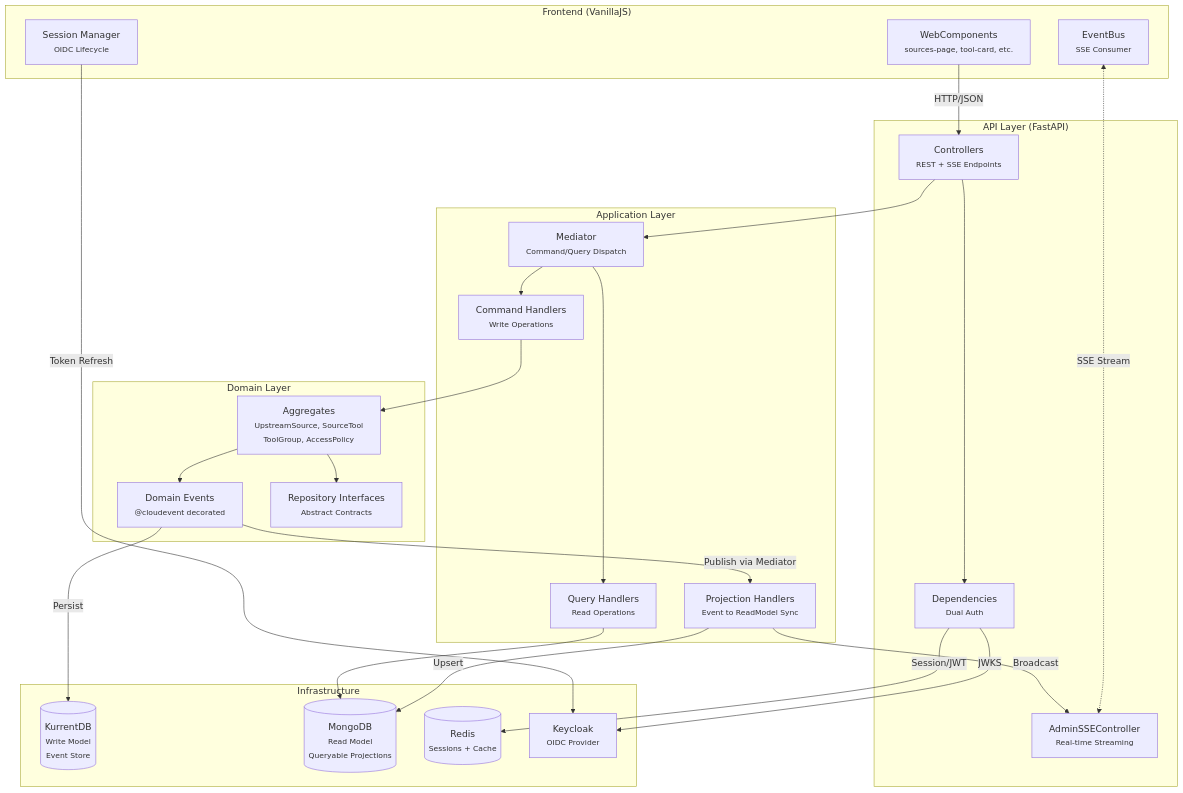
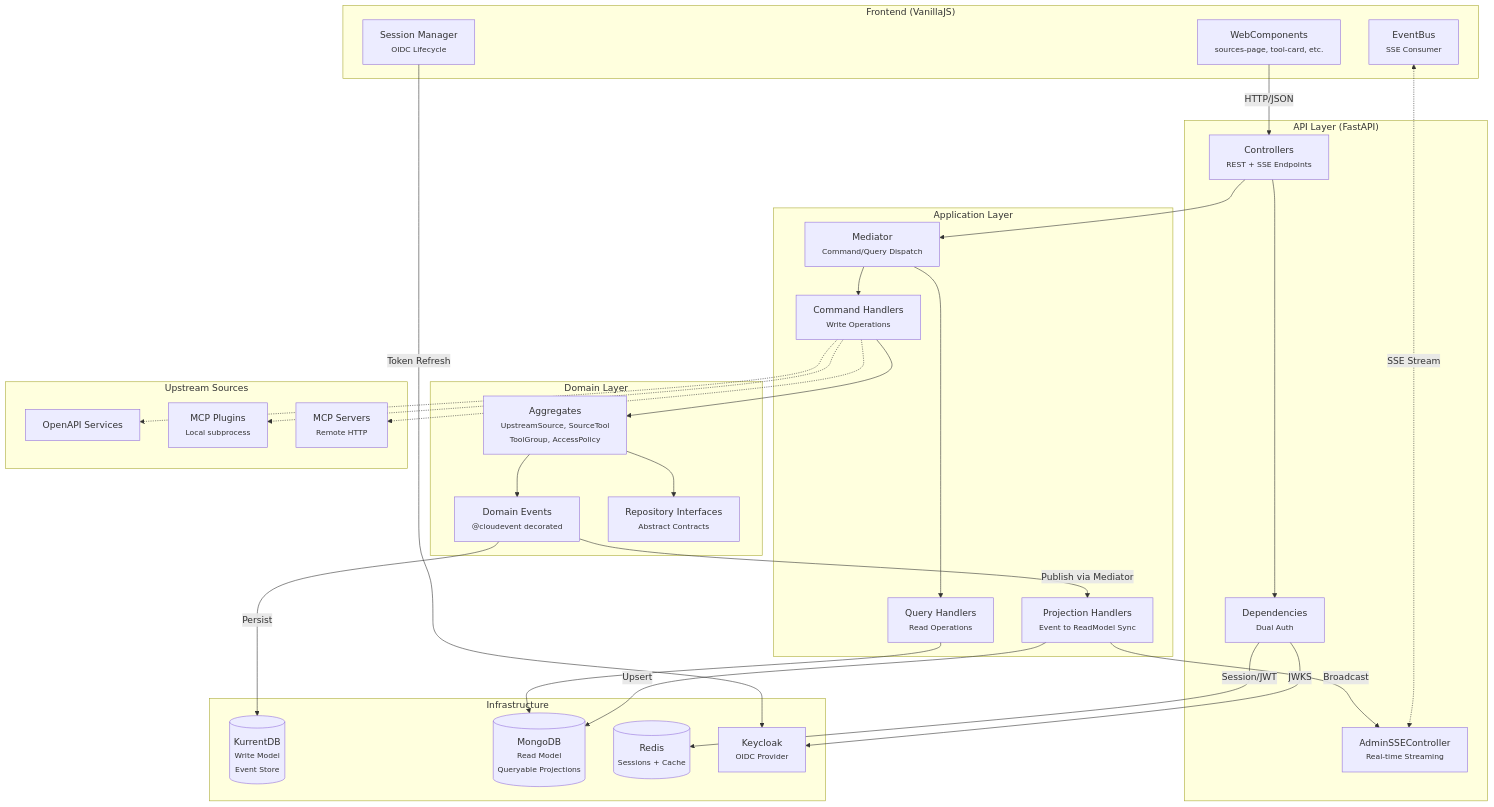
The first of 4 diagrams in docs/architecture/overview.md (bvandewe/tools-provider), drawn with Mermaid before and after one commit. The commit also changed other lines of this file and 3 other files, not shown here.

````diff
--- a/docs/architecture/overview.md
+++ b/docs/architecture/overview.md
@@ -13,55 +17,65 @@
 ```mermaid
 flowchart TB
     subgraph UI["Frontend (VanillaJS)"]
         WC["WebComponents<br/><small>sources-page, tool-card, etc.</small>"]
         EB["EventBus<br/><small>SSE Consumer</small>"]
         SM["Session Manager<br/><small>OIDC Lifecycle</small>"]
     end
 
     subgraph API["API Layer (FastAPI)"]
         CTRL["Controllers<br/><small>REST + SSE Endpoints</small>"]
         DEP["Dependencies<br/><small>Dual Auth</small>"]
         SSE["AdminSSEController<br/><small>Real-time Streaming</small>"]
     end
 
     subgraph APP["Application Layer"]
         MED["Mediator<br/><small>Command/Query Dispatch</small>"]
         CH["Command Handlers<br/><small>Write Operations</small>"]
         QH["Query Handlers<br/><small>Read Operations</small>"]
         PH["Projection Handlers<br/><small>Event to ReadModel Sync</small>"]
     end
 
     subgraph DOMAIN["Domain Layer"]
         AGG["Aggregates<br/><small>UpstreamSource, SourceTool<br/>ToolGroup, AccessPolicy</small>"]
         EVT["Domain Events<br/><small>@cloudevent decorated</small>"]
         REPO["Repository Interfaces<br/><small>Abstract Contracts</small>"]
     end
 
     subgraph INFRA["Infrastructure"]
         ESDB[("KurrentDB<br/><small>Write Model<br/>Event Store</small>")]
         MONGO[("MongoDB<br/><small>Read Model<br/>Queryable Projections</small>")]
         REDIS[("Redis<br/><small>Sessions + Cache</small>")]
         KC["Keycloak<br/><small>OIDC Provider</small>"]
     end
 
+    subgraph UPSTREAM["Upstream Sources"]
+        OPENAPI["OpenAPI Services"]
+        MCP_LOCAL["MCP Plugins<br/><small>Local subprocess</small>"]
+        MCP_REMOTE["MCP Servers<br/><small>Remote HTTP</small>"]
+    end
+
     WC --> |HTTP/JSON| CTRL
     EB <-.-> |SSE Stream| SSE
     SM --> |Token Refresh| KC
 
     CTRL --> DEP
     DEP --> |Session/JWT| REDIS
     DEP --> |JWKS| KC
     CTRL --> MED
 
     MED --> CH
     MED --> QH
     CH --> AGG
     AGG --> EVT
     AGG --> REPO
     EVT --> |Persist| ESDB
     EVT --> |Publish via Mediator| PH
     PH --> |Upsert| MONGO
     PH --> |Broadcast| SSE
 
     QH --> MONGO
+
+    CH -.-> OPENAPI
+    CH -.-> MCP_LOCAL
+    CH -.-> MCP_REMOTE
 ```
````
